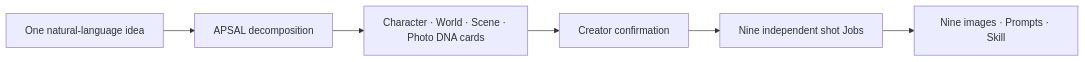
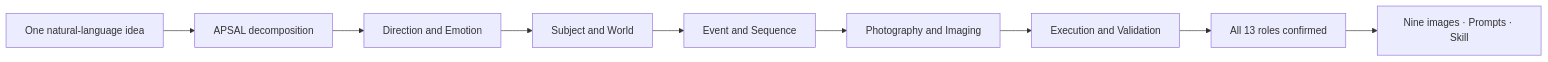
The diagram in README.md (henyjone/apsal-open), drawn with Mermaid before and after one commit. The commit also changed other lines of this file and 31 other files, not shown here.

````diff
--- a/README.md
+++ b/README.md
@@ -37,8 +37,11 @@
 ```mermaid
 flowchart LR
     A["One natural-language idea"] --> B["APSAL decomposition"]
-    B --> C["Character · World · Scene · Photo DNA cards"]
-    C --> D["Creator confirmation"]
-    D --> E["Nine independent shot Jobs"]
-    E --> F["Nine images · Prompts · Skill"]
+    B --> C["Direction and Emotion"]
+    C --> D["Subject and World"]
+    D --> E["Event and Sequence"]
+    E --> F["Photography and Imaging"]
+    F --> G["Execution and Validation"]
+    G --> H["All 13 roles confirmed"]
+    H --> I["Nine images · Prompts · Skill"]
 ```
````
